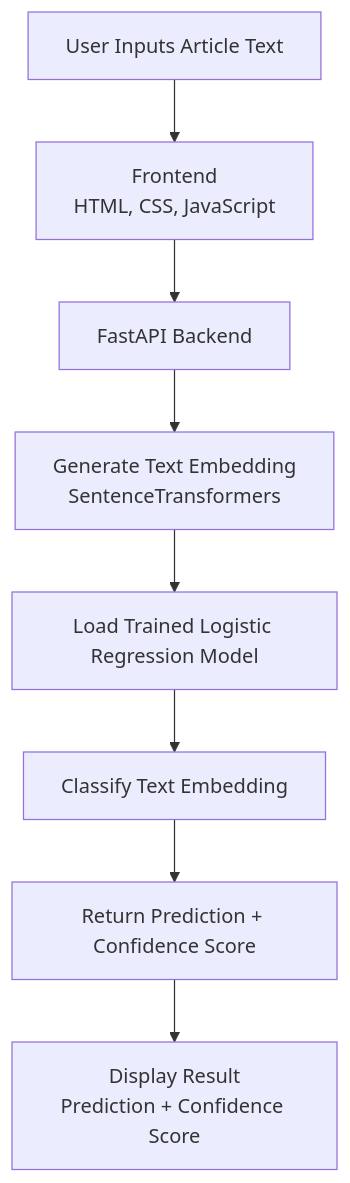
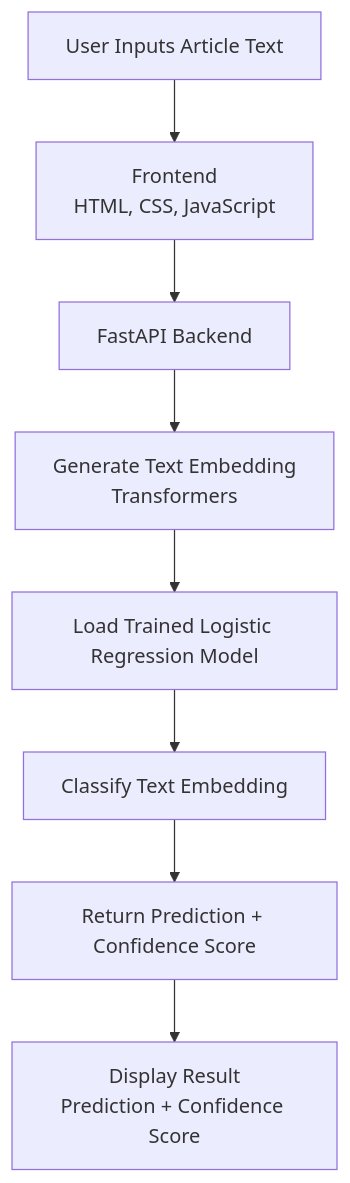
One commit to nbhagwat1/NewsChecker changed the third of 3 diagrams in README.md. Above: the diagram before and after it, drawn with Mermaid. The commit also changed other lines of this file and 2 other files, not shown here.

````diff
--- a/README.md
+++ b/README.md
@@ -147,20 +147,20 @@
 ```mermaid
 flowchart TD
 
     A[User Inputs Article Text]
     B[Frontend<br/>HTML, CSS, JavaScript]
     C[FastAPI Backend]
-    D[Generate Text Embedding<br/>SentenceTransformers]
+    D[Generate Text Embedding<br/>Transformers]
     E[Load Trained Logistic Regression Model]
     F[Classify Text Embedding]
     G[Return Prediction + Confidence Score]
     H[Display Result<br/>Prediction + Confidence Score]
 
     A --> B
     B --> C
     C --> D
     D --> E
     E --> F
     F --> G
     G --> H
 ```
````
